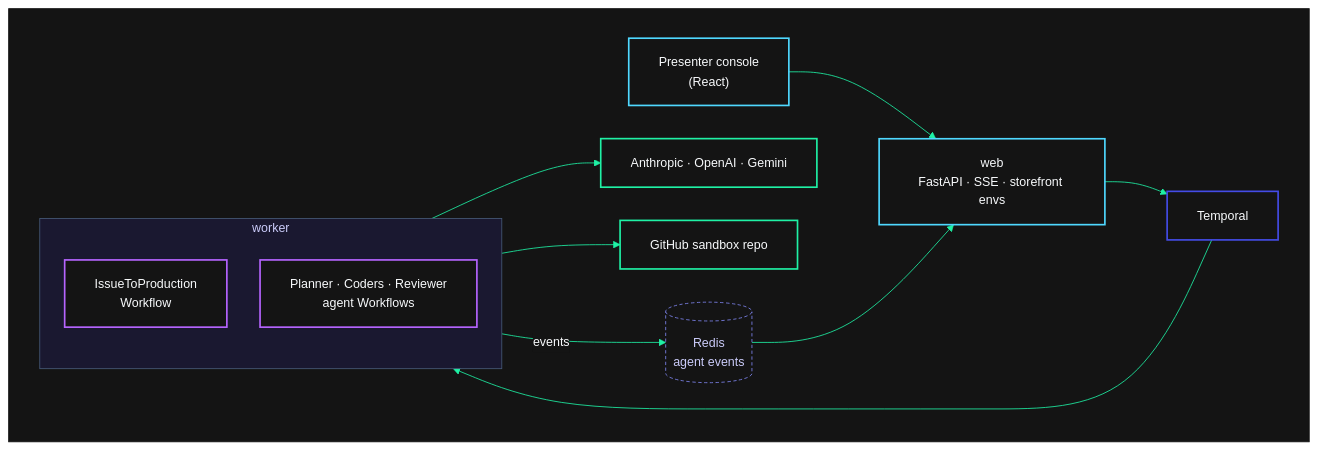
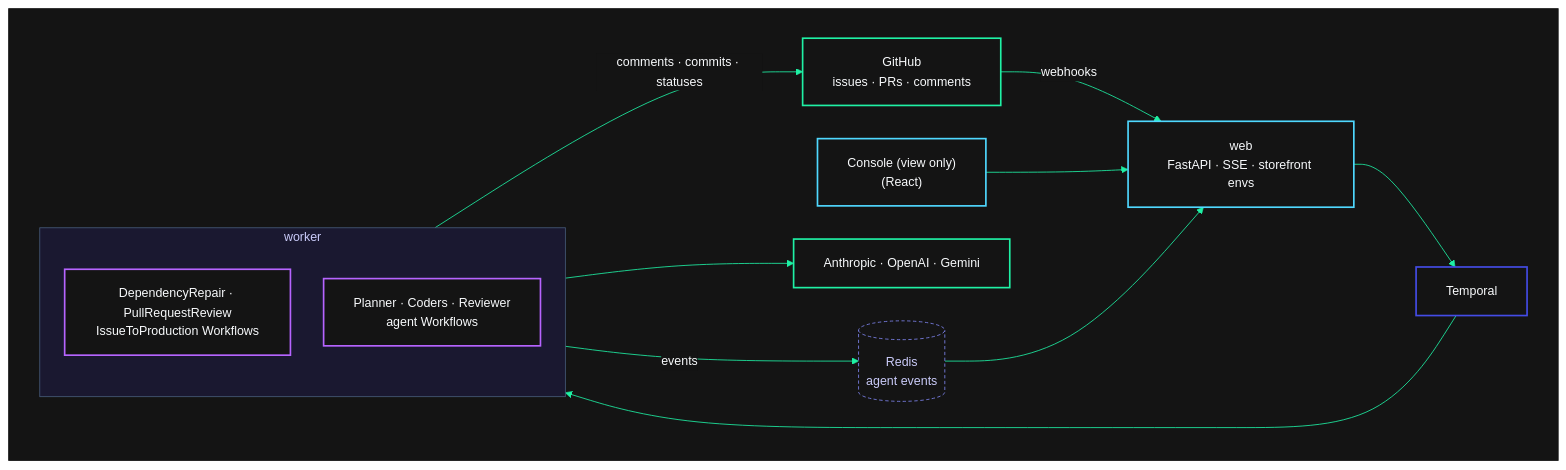
Before and after one commit to temporal-sa/temporal-demo-agentic-sdlc: the diagram in README.md, drawn with Mermaid. The commit also changed other lines of this file and 56 other files, not shown here.

````diff
--- a/README.md
+++ b/README.md
@@ -15,33 +19,34 @@
 ```mermaid
 %%{init: {"theme": "base", "flowchart": {"nodeSpacing": 40, "rankSpacing": 50, "padding": 18}, "themeVariables": {
   "fontSize": "15px", "primaryColor": "#141414", "primaryTextColor": "#f8fafc", "primaryBorderColor": "#444ce7",
   "lineColor": "#1ff1a5", "textColor": "#f8fafc", "clusterBkg": "#1a1830", "clusterBorder": "#465a78",
   "titleColor": "#cacbf9", "edgeLabelBackground": "#141414"
 }}}%%
 flowchart LR
   subgraph card[" "]
     direction LR
-    browser["Presenter console<br/>(React)"]:::pods
+    github["GitHub<br/>issues · PRs · comments"]:::keda
+    browser["Console (view only)<br/>(React)"]:::pods
     web["web<br/>FastAPI · SSE · storefront envs"]:::pods
     temporal["Temporal"]:::temporal
     subgraph w["worker"]
       direction TB
-      pipeline["IssueToProduction<br/>Workflow"]:::controller
+      pipeline["DependencyRepair · PullRequestReview<br/>IssueToProduction Workflows"]:::controller
       agents["Planner · Coders · Reviewer<br/>agent Workflows"]:::controller
     end
     redis[("Redis<br/>agent events")]:::resource
     llm["Anthropic · OpenAI · Gemini"]:::keda
-    gh["GitHub sandbox repo"]:::keda
+    github -- webhooks --> web
     browser --> web --> temporal --> w
     agents --> llm
-    pipeline --> gh
+    pipeline -- comments · commits · statuses --> github
     agents -- events --> redis --> web
   end
   classDef card fill:#141414,stroke:#141414,color:#141414
   class card card
   classDef temporal fill:#141414,stroke:#444ce7,stroke-width:2px,color:#f8fafc
   classDef controller fill:#141414,stroke:#b664ff,stroke-width:2px,color:#f8fafc
   classDef keda fill:#141414,stroke:#1ff1a5,stroke-width:2px,color:#f8fafc
   classDef resource fill:#141414,stroke:#7f86f1,stroke-width:1px,stroke-dasharray:4 3,color:#cacbf9
   classDef pods fill:#141414,stroke:#4fd8ff,stroke-width:2px,color:#f8fafc
 ```
````
